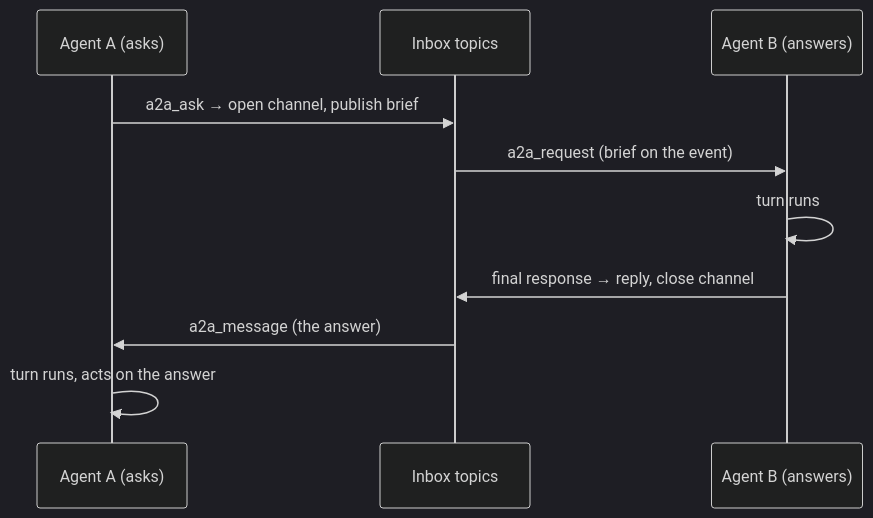
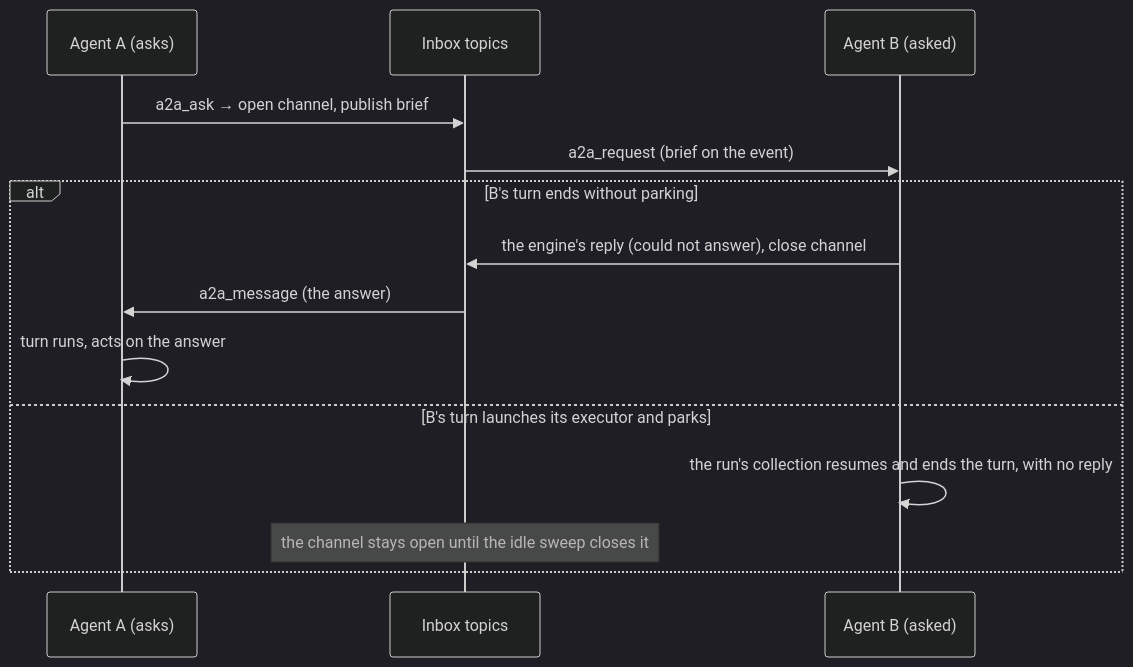
The fourth of 4 diagrams in docs/concepts/event-system.md (crewlet/crewlet), drawn with Mermaid (dark theme) before and after one commit. The commit also changed other lines of this file and 3 other files, not shown here.

````diff
--- a/docs/concepts/event-system.md
+++ b/docs/concepts/event-system.md
@@ -899,12 +899,16 @@
 ```mermaid
 sequenceDiagram
     participant A as Agent A (asks)
     participant Q as Inbox topics
-    participant B as Agent B (answers)
+    participant B as Agent B (asked)
     A->>Q: a2a_ask → open channel, publish brief
     Q->>B: a2a_request (brief on the event)
-    B->>B: turn runs
-    B->>Q: final response → reply, close channel
-    Q->>A: a2a_message (the answer)
-    A->>A: turn runs, acts on the answer
+    alt B's turn ends without parking
+        B->>Q: the engine's reply (could not answer), close channel
+        Q->>A: a2a_message (the answer)
+        A->>A: turn runs, acts on the answer
+    else B's turn launches its executor and parks
+        B->>B: the run's collection resumes and ends the turn, with no reply
+        Note over Q: the channel stays open until the idle sweep closes it
+    end
 ```
````
